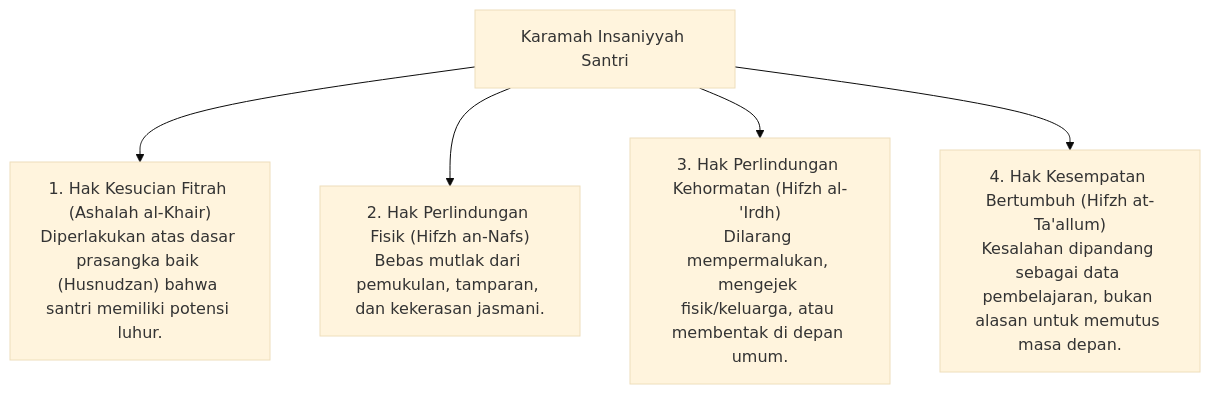
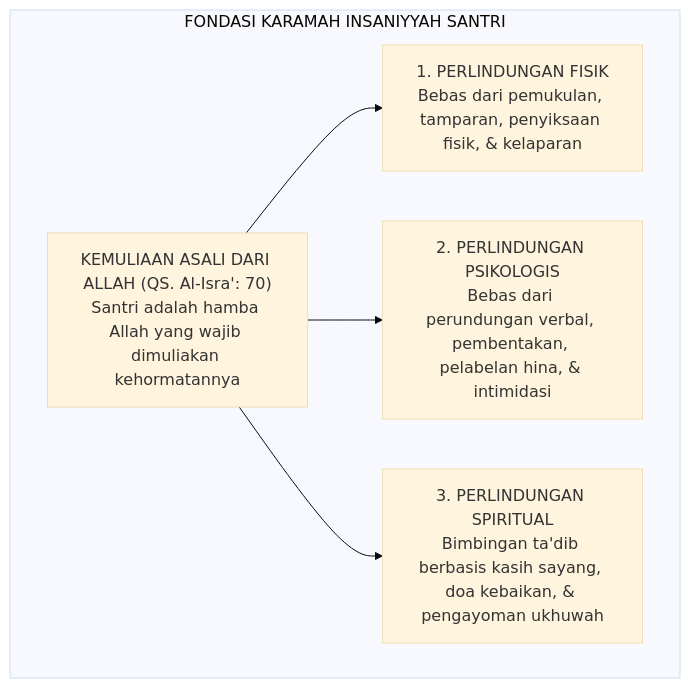
One commit to wandiapriliyandi/tumbuh changed the diagram in 02 Principles/01 Core Principles/P2-01-02-Prinsip-Kemuliaan-Fitrah-dan-Martabat-Insan.md. Above: the diagram before and after it, drawn with Mermaid (base theme). The commit also changed other lines of this file and 7 other files, not shown here.

````diff
--- a/02 Principles/01 Core Principles/P2-01-02-Prinsip-Kemuliaan-Fitrah-dan-Martabat-Insan.md
+++ b/02 Principles/01 Core Principles/P2-01-02-Prinsip-Kemuliaan-Fitrah-dan-Martabat-Insan.md
@@ -20,9 +30,14 @@
 ```mermaid
 graph TD
-    Martabat["Karamah Insaniyyah Santri"]
-    
-    Martabat --> P1["1. Hak Kesucian Fitrah (Ashalah al-Khair)<br/>Diperlakukan atas dasar prasangka baik (Husnudzan) bahwa santri memiliki potensi luhur."]
-    Martabat --> P2["2. Hak Perlindungan Fisik (Hifzh an-Nafs)<br/>Bebas mutlak dari pemukulan, tamparan, dan kekerasan jasmani."]
-    Martabat --> P3["3. Hak Perlindungan Kehormatan (Hifzh al-'Irdh)<br/>Dilarang mempermalukan, mengejek fisik/keluarga, atau membentak di depan umum."]
-    Martabat --> P4["4. Hak Kesempatan Bertumbuh (Hifzh at-Ta'allum)<br/>Kesalahan dipandang sebagai data pembelajaran, bukan alasan untuk memutus masa depan."]
+    subgraph MartabatInsan["FONDASI KARAMAH INSANIYYAH SANTRI"]
+        Karamah["KEMULIAAN ASALI DARI ALLAH (QS. Al-Isra': 70)<br/>Santri adalah hamba Allah yang wajib dimuliakan kehormatannya"]
+        
+        HakFisik["1. PERLINDUNGAN FISIK<br/>Bebas dari pemukulan, tamparan, penyiksaan fisik, & kelaparan"]
+        HakPsikis["2. PERLINDUNGAN PSIKOLOGIS<br/>Bebas dari perundungan verbal, pembentakan, pelabelan hina, & intimidasi"]
+        HakSpiritual["3. PERLINDUNGAN SPIRITUAL<br/>Bimbingan ta'dib berbasis kasih sayang, doa kebaikan, & pengayoman ukhuwah"]
+        
+        Karamah --> HakFisik
+        Karamah --> HakPsikis
+        Karamah --> HakSpiritual
+    end
 ```
````
